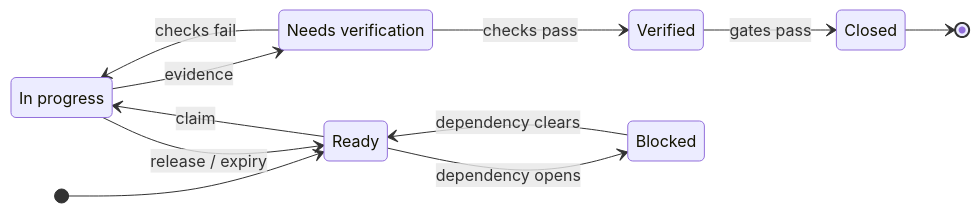
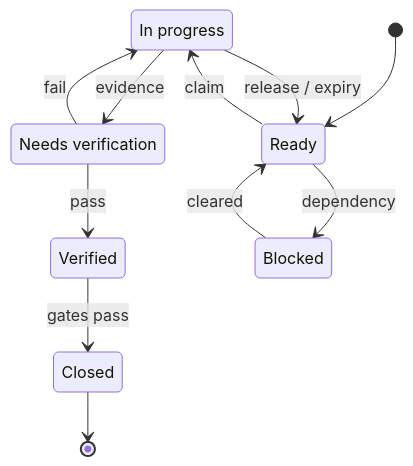
One commit to mattrichmo/boreal-work changed the first of 3 diagrams in README.md. Above: the diagram before and after it, drawn with Mermaid. The commit also changed other lines of this file, not shown here.

Commit message:
docs: fit README state diagram to narrow layout

```diff
--- a/README.md
+++ b/README.md
@@ -170,19 +170,19 @@
 ~~~mermaid
 stateDiagram-v2
-    direction LR
+    direction TB
 
     state "In progress" as InProgress
     state "Needs verification" as NeedsVerification
 
     [*] --> Ready
     Ready --> InProgress: claim
     InProgress --> NeedsVerification: evidence
-    NeedsVerification --> Verified: checks pass
+    NeedsVerification --> Verified: pass
     Verified --> Closed: gates pass
     Closed --> [*]
 
-    Ready --> Blocked: dependency opens
-    Blocked --> Ready: dependency clears
-    NeedsVerification --> InProgress: checks fail
+    Ready --> Blocked: dependency
+    Blocked --> Ready: cleared
+    NeedsVerification --> InProgress: fail
     InProgress --> Ready: release / expiry
 ~~~
```
